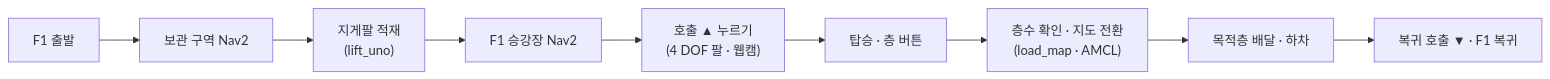
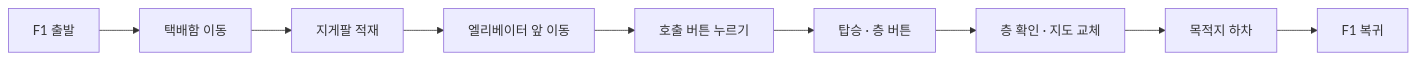
Before and after one commit to PackagU/PackagU: the diagram in README.md, drawn with Mermaid. The commit also changed other lines of this file and 8 other files, not shown here.

````diff
--- a/README.md
+++ b/README.md
@@ -67,11 +35,11 @@
 ```mermaid
 flowchart LR
-  S0["F1 출발"] --> S1["보관 구역 Nav2"]
-  S1 --> S2["지게팔 적재<br/>(lift_uno)"]
-  S2 --> S3["F1 승강장 Nav2"]
-  S3 --> S4["호출 ▲ 누르기<br/>(4 DOF 팔 · 웹캠)"]
+  S0["F1 출발"] --> S1["택배함 이동"]
+  S1 --> S2["지게팔 적재"]
+  S2 --> S3["엘리베이터 앞 이동"]
+  S3 --> S4["호출 버튼 누르기"]
   S4 --> S5["탑승 · 층 버튼"]
-  S5 --> S6["층수 확인 · 지도 전환<br/>(load_map · AMCL)"]
-  S6 --> S7["목적층 배달 · 하차"]
-  S7 --> S8["복귀 호출 ▼ · F1 복귀"]
+  S5 --> S6["층 확인 · 지도 교체"]
+  S6 --> S7["목적지 하차"]
+  S7 --> S8["F1 복귀"]
 ```
````
